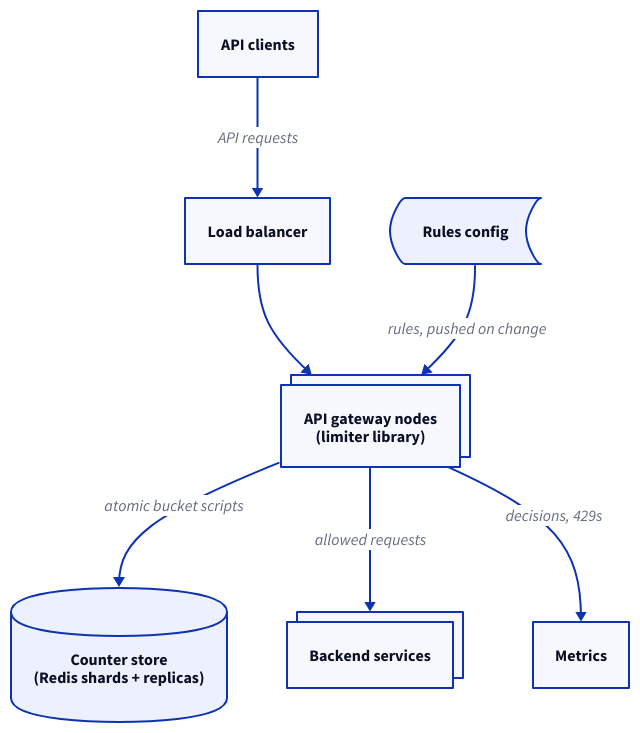
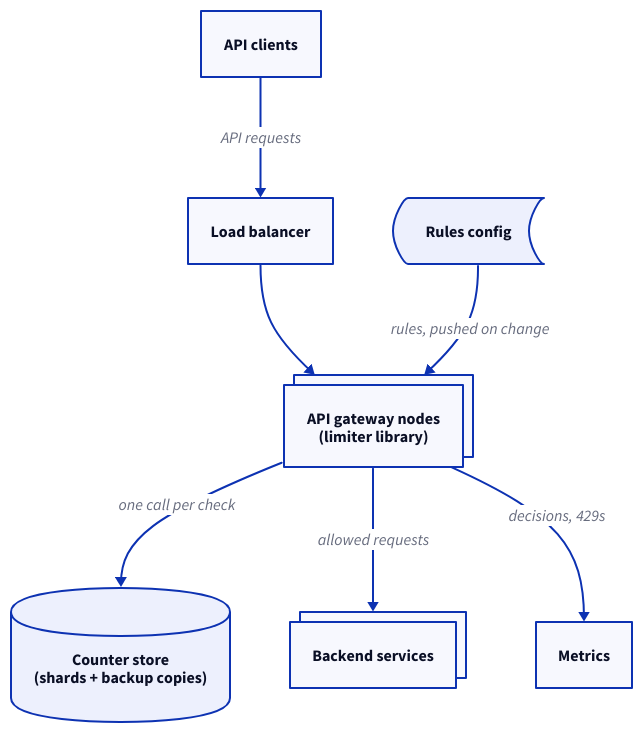
The diagram in src/system-design/diagrams/rate-limiter/architecture.d2 (enbattle/til), drawn with D2 before and after one commit. The commit also changed 18 other files, not shown here.

```diff
--- a/src/system-design/diagrams/rate-limiter/architecture.d2
+++ b/src/system-design/diagrams/rate-limiter/architecture.d2
@@ -1,27 +1,27 @@
 # High-level architecture of the rate limiter: the check runs inside every
 # API gateway node, per-client buckets live in a shared counter store, and
 # only allowed requests reach the backend services.
 direction: down
 
 client: API clients
 lb: Load balancer
 rules: Rules config {
   shape: stored_data
 }
 gw: "API gateway nodes\n(limiter library)" {
   style.multiple: true
 }
-store: "Counter store\n(Redis shards + replicas)" {
+store: "Counter store\n(shards + backup copies)" {
   shape: cylinder
 }
 svc: Backend services {
   style.multiple: true
 }
 metrics: Metrics
 
 client -> lb: "API requests"
 lb -> gw
 rules -> gw: "rules, pushed on change"
-gw -> store: "atomic bucket scripts"
+gw -> store: "one call per check"
 gw -> svc: "allowed requests"
 gw -> metrics: "decisions, 429s"
```
